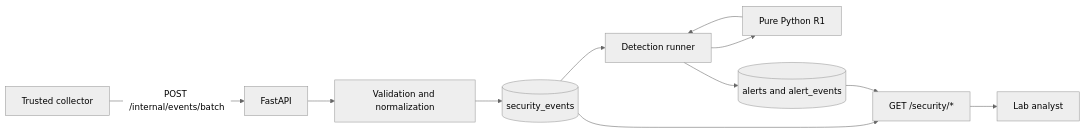
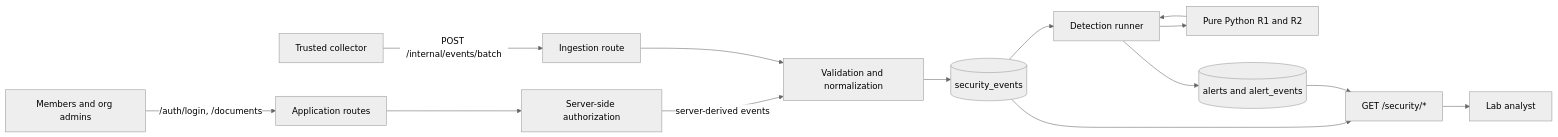
Before and after one commit to kerry-linn/project_detection: the diagram in README.md, drawn with Mermaid (neutral theme). The commit also changed other lines of this file and 34 other files, not shown here.

````diff
--- a/README.md
+++ b/README.md
@@ -32,13 +45,16 @@
 ```mermaid
 flowchart LR
-    Collector["Trusted collector"] -->|"POST /internal/events/batch"| API["FastAPI"]
-    API --> Validation["Validation and normalization"]
+    Users["Members and org admins"] -->|"/auth/login, /documents"| App["Application routes"]
+    App --> Authz["Server-side authorization"]
+    Authz -->|"server-derived events"| Validation["Validation and normalization"]
+    Collector["Trusted collector"] -->|"POST /internal/events/batch"| API["Ingestion route"]
+    API --> Validation
     Validation --> Events[(security_events)]
     Events --> Runner["Detection runner"]
-    Runner --> Detector["Pure Python R1"]
+    Runner --> Detector["Pure Python R1 and R2"]
     Detector --> Runner
     Runner --> Alerts[(alerts and alert_events)]
     Events --> Reads["GET /security/*"]
     Alerts --> Reads
     Reads --> Analyst["Lab analyst"]
 ```
````
